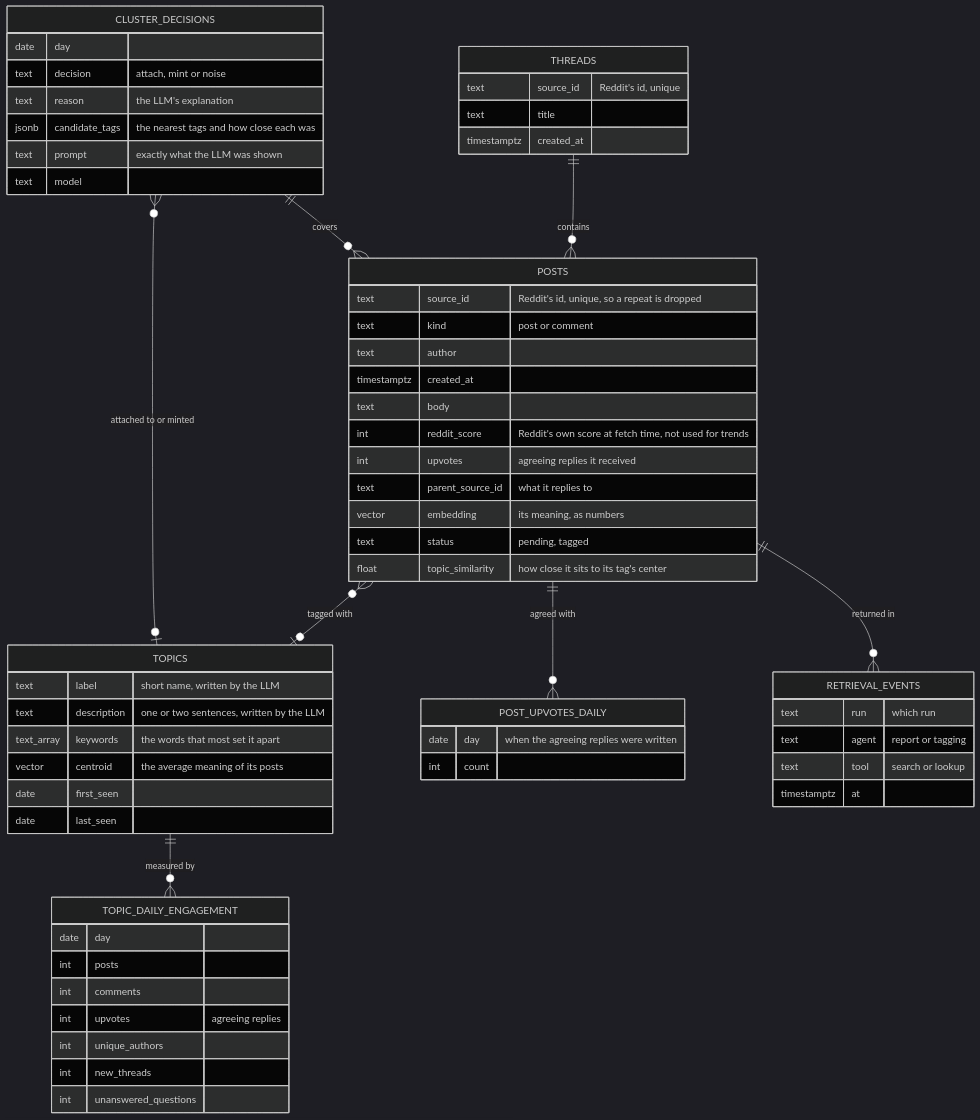
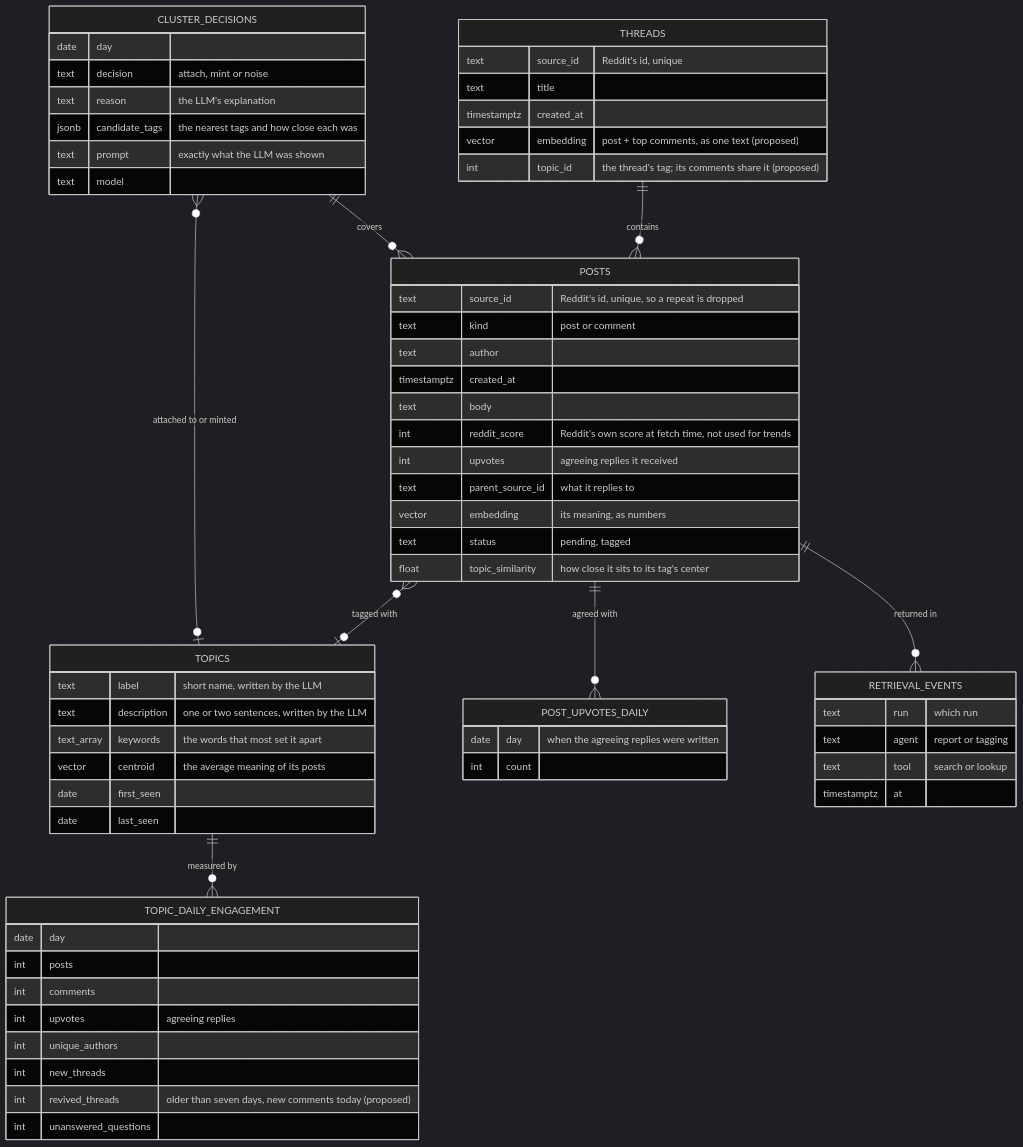
One commit to brianaderer/transcendent changed the first of 2 diagrams in docs/atlas/20-data-model/21-topics.md. Above: the diagram before and after it, drawn with Mermaid (dark theme). The commit also changed other lines of this file and 2 other files, not shown here.

Commit message:
Atlas: 21 threads encoded on day one and again on day three (OPEN-29 resolved)

````diff
--- a/docs/atlas/20-data-model/21-topics.md
+++ b/docs/atlas/20-data-model/21-topics.md
@@ -33,64 +37,67 @@
 ```mermaid
 erDiagram
     THREADS ||--o{ POSTS : contains
     POSTS }o--o| TOPICS : "tagged with"
     POSTS ||--o{ POST_UPVOTES_DAILY : "agreed with"
     TOPICS ||--o{ TOPIC_DAILY_ENGAGEMENT : "measured by"
     CLUSTER_DECISIONS }o--o| TOPICS : "attached to or minted"
     CLUSTER_DECISIONS ||--o{ POSTS : "covers"
     POSTS ||--o{ RETRIEVAL_EVENTS : "returned in"
 
     THREADS {
         text source_id "Reddit's id, unique"
         text title
         timestamptz created_at
+        vector embedding "post + top comments, as one text (proposed)"
+        int topic_id "the thread's tag; its comments share it (proposed)"
     }
     POSTS {
         text source_id "Reddit's id, unique, so a repeat is dropped"
         text kind "post or comment"
         text author
         timestamptz created_at
         text body
         int reddit_score "Reddit's own score at fetch time, not used for trends"
         int upvotes "agreeing replies it received"
         text parent_source_id "what it replies to"
         vector embedding "its meaning, as numbers"
         text status "pending, tagged"
         float topic_similarity "how close it sits to its tag's center"
     }
     POST_UPVOTES_DAILY {
         date day "when the agreeing replies were written"
         int count
     }
     TOPICS {
         text label "short name, written by the LLM"
         text description "one or two sentences, written by the LLM"
         text_array keywords "the words that most set it apart"
         vector centroid "the average meaning of its posts"
         date first_seen
         date last_seen
     }
     TOPIC_DAILY_ENGAGEMENT {
         date day
         int posts
         int comments
         int upvotes "agreeing replies"
         int unique_authors
         int new_threads
+        int revived_threads "older than seven days, new comments today (proposed)"
         int unanswered_questions
     }
     CLUSTER_DECISIONS {
         date day
         text decision "attach, mint or noise"
         text reason "the LLM's explanation"
         jsonb candidate_tags "the nearest tags and how close each was"
         text prompt "exactly what the LLM was shown"
         text model
     }
     RETRIEVAL_EVENTS {
         text run "which run"
         text agent "report or tagging"
         text tool "search or lookup"
         timestamptz at
     }
 ```
````
